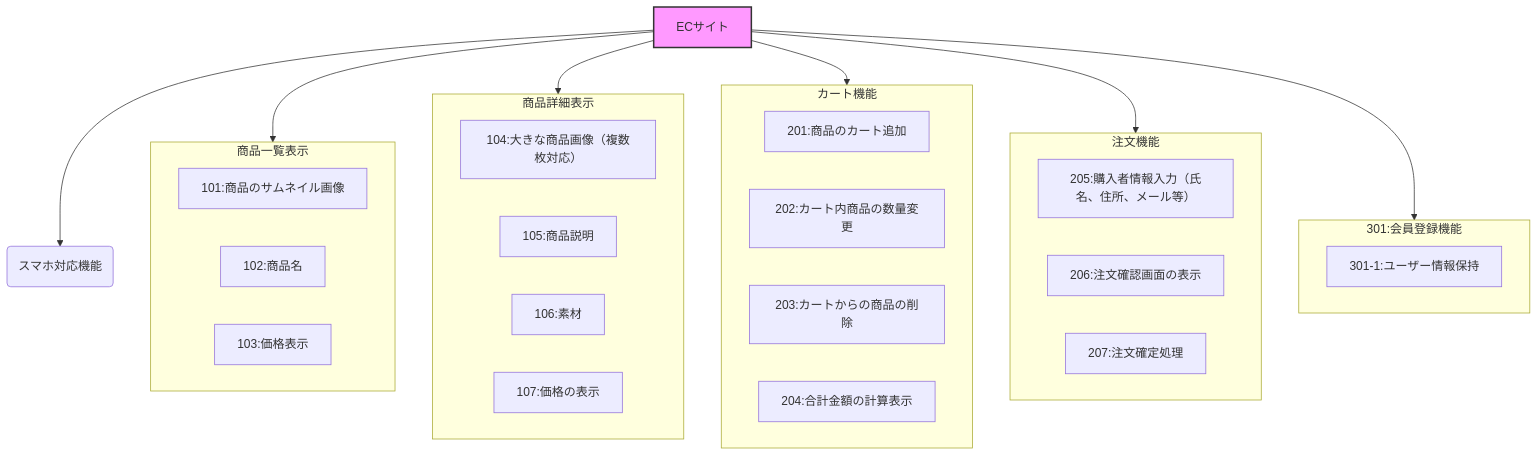
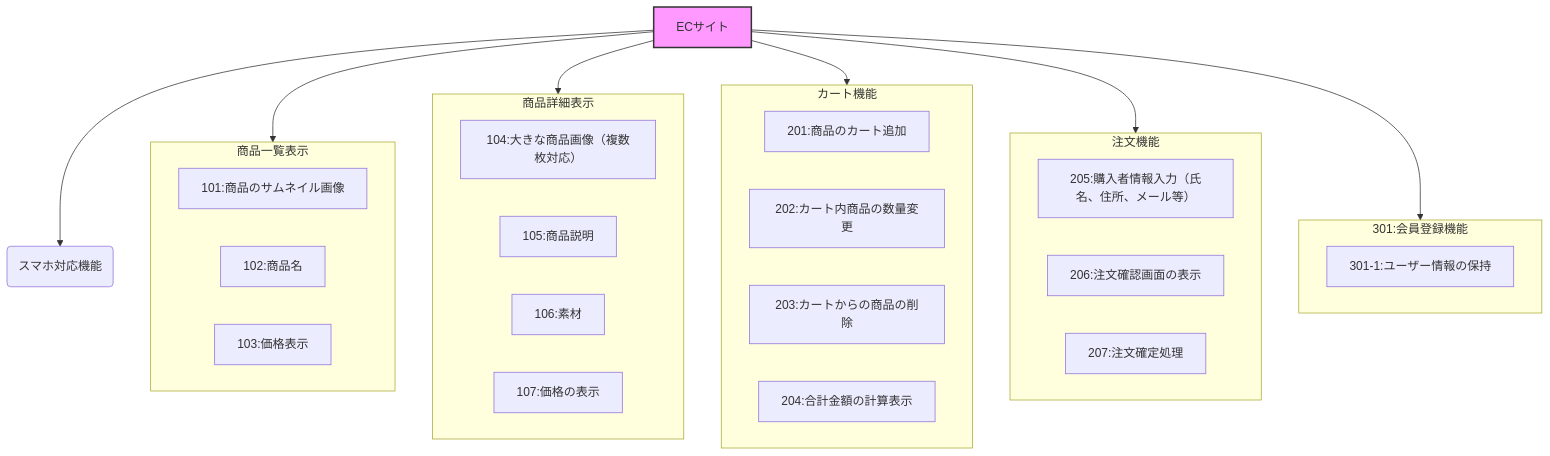
Before and after one commit to ainaga09/ACE: the diagram in 基本設計/機能設計/機能設計下書き.md, drawn with Mermaid.

Commit message:
機能設計下書き２

```diff
--- a/基本設計/機能設計/機能設計下書き.md
+++ b/基本設計/機能設計/機能設計下書き.md
@@ -1,43 +1,43 @@
 <div class="mermaid">
 graph TD
     A[ECサイト] --> B(商品一覧表示);
     A --> C(商品詳細表示);
     A --> D(カート機能);
     A --> E(注文機能);
     A --> F(会員機能);
     A --> G(スマホ対応機能);
 
     subgraph B[商品一覧表示]
         B1[101:商品のサムネイル画像]
         B2[102:商品名]
         B3[103:価格表示]
     end
 
     subgraph C[商品詳細表示]
         C1[104:大きな商品画像（複数枚対応）]
         C2[105:商品説明]
         C3[106:素材]
         C4[107:価格の表示]
     end
 
      subgraph D[カート機能]
         D1[201:商品のカート追加]
         D2[202:カート内商品の数量変更]
         D3[203:カートからの商品の削除]
         D4[204:合計金額の計算表示]
     end
 
      subgraph E[注文機能]
         E1[205:購入者情報入力（氏名、住所、メール等）]
         E2[206:注文確認画面の表示]
         E3[207:注文確定処理]
     end
 
     subgraph F[301:会員登録機能]
-    　　F1[301-1:ユーザー情報保持]
+    　　F1[301-1:ユーザー情報の保持]
     end
     
     
 
     style A fill:#f9f,stroke:#333,stroke-width:2px
 </div>
```
